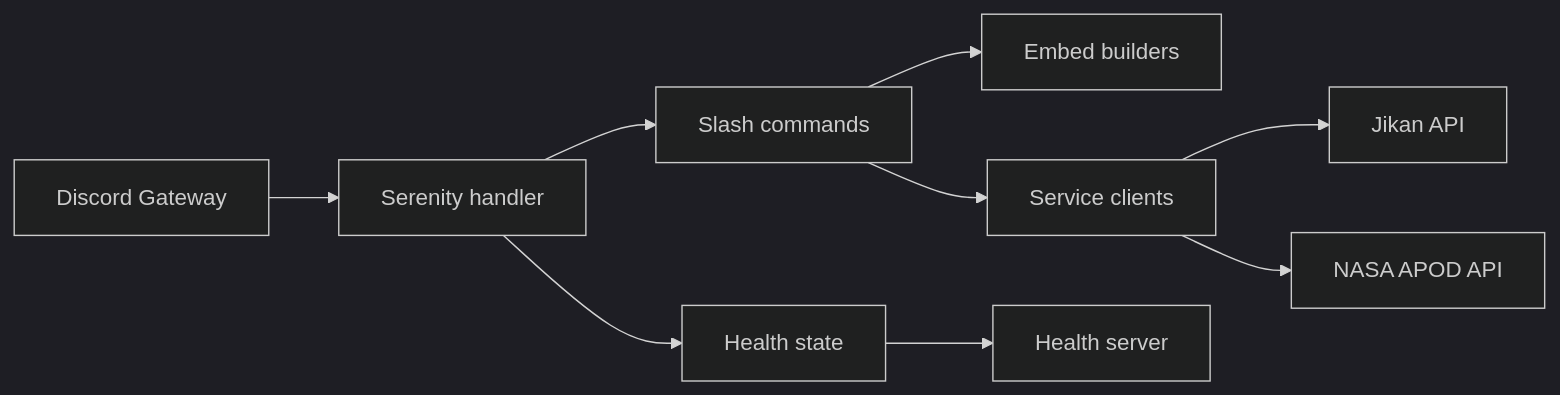
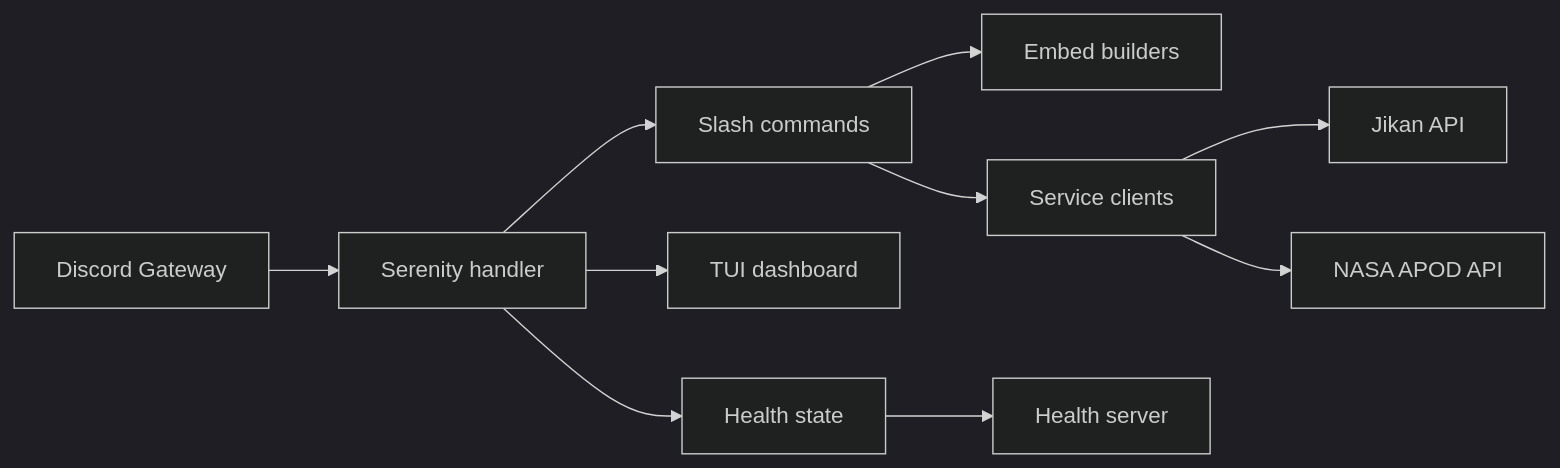
The diagram in docs/architecture.md (nathan2slime/seris), drawn with Mermaid (dark theme) before and after one commit. The commit also changed other lines of this file and 8 other files, not shown here.

Commit message:
feat(ui): replace web dashboard with TUI

````diff
--- a/docs/architecture.md
+++ b/docs/architecture.md
@@ -5,11 +5,12 @@
 ```mermaid
 flowchart LR
   Discord[Discord Gateway] --> Handler[Serenity handler]
   Handler --> Commands[Slash commands]
   Commands --> Embeds[Embed builders]
   Commands --> Services[Service clients]
   Services --> Jikan[Jikan API]
   Services --> NASA[NASA APOD API]
+  Handler --> Dashboard[TUI dashboard]
   Handler --> Health[Health state]
   Health --> HealthHTTP[Health server]
 ```
````
